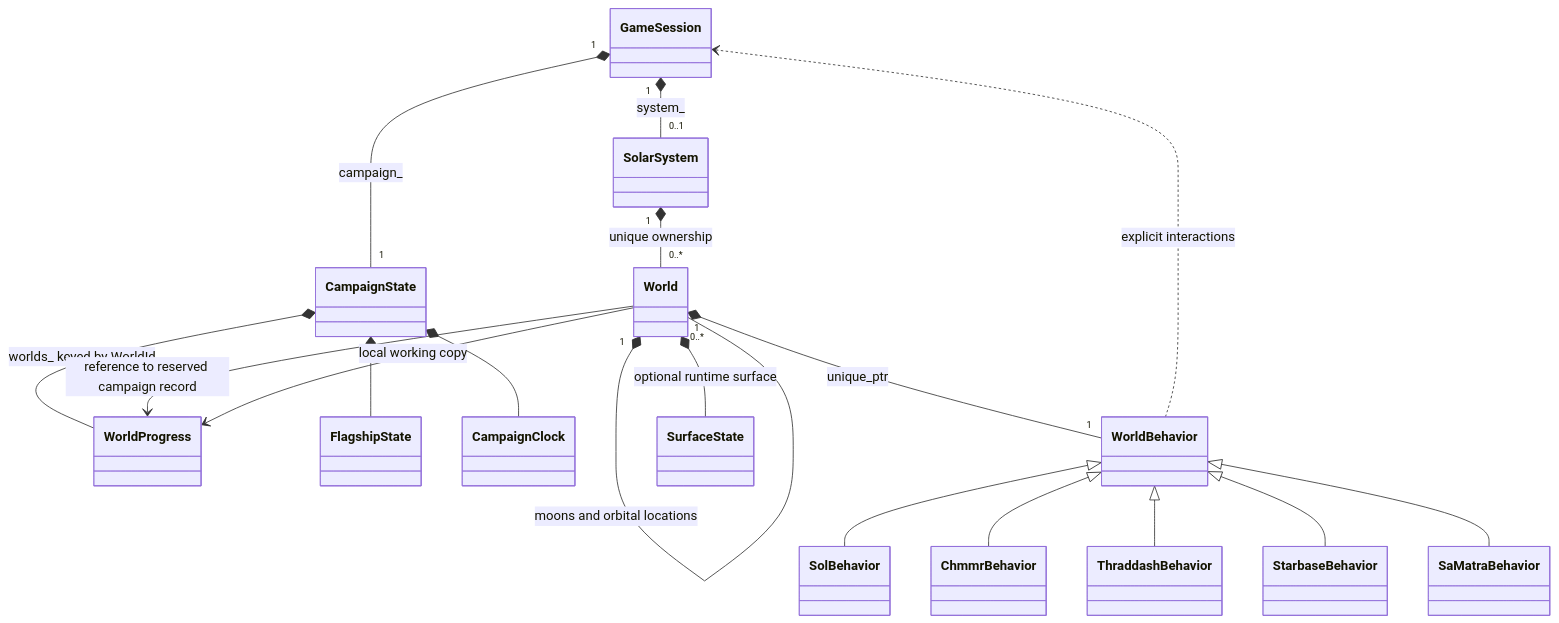
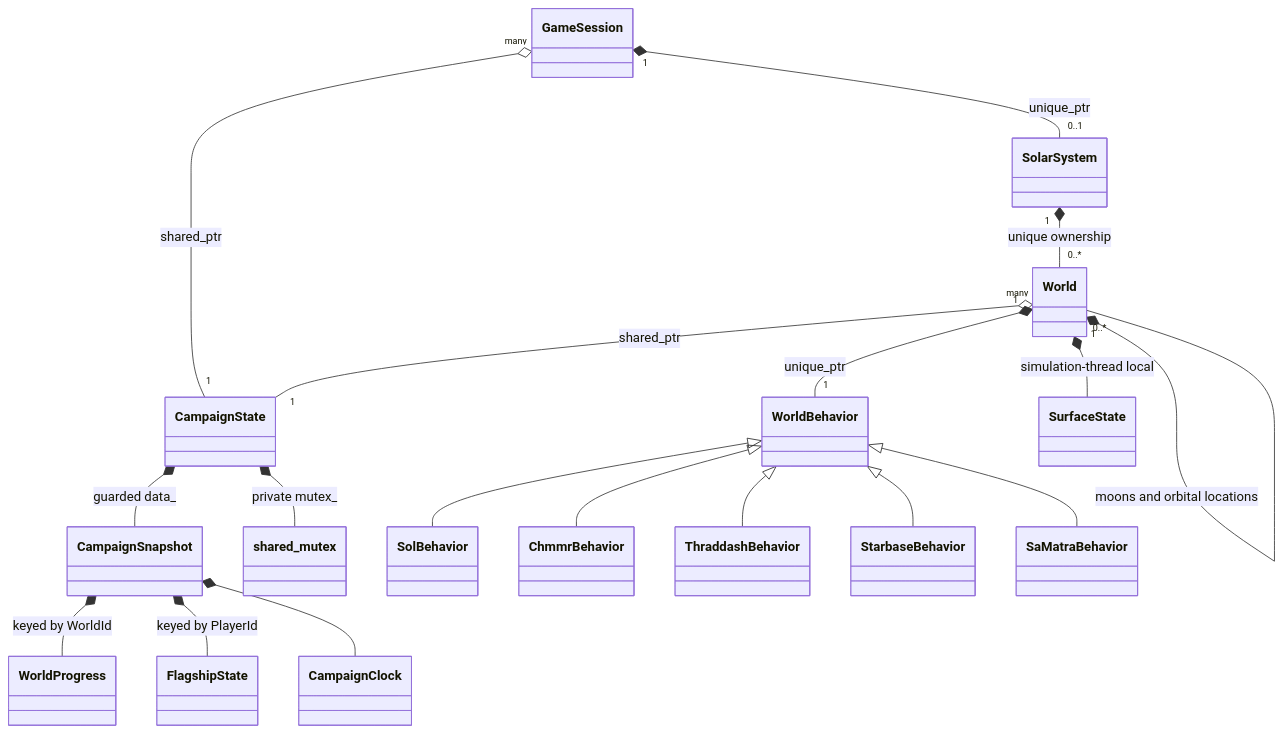
One commit to yost-jacob/uqm-cpp17 changed the first of 2 diagrams in docs/design/solar-system/README.md. Above: the diagram before and after it, drawn with Mermaid. The commit also changed other lines of this file and 4 other files, not shown here.

Commit message:
Plan shared campaign lifetime and lock-scoped state access

````diff
--- a/docs/design/solar-system/README.md
+++ b/docs/design/solar-system/README.md
@@ -14,20 +14,20 @@
 ```mermaid
 classDiagram
-    GameSession "1" *-- "1" CampaignState : campaign_
-    GameSession "1" *-- "0..1" SolarSystem : system_
-    CampaignState *-- WorldProgress : worlds_ keyed by WorldId
-    CampaignState *-- FlagshipState
-    CampaignState *-- CampaignClock
+    GameSession "many" o-- "1" CampaignState : shared_ptr
+    World "many" o-- "1" CampaignState : shared_ptr
+    GameSession "1" *-- "0..1" SolarSystem : unique_ptr
+    CampaignState *-- CampaignSnapshot : guarded data_
+    CampaignState *-- shared_mutex : private mutex_
+    CampaignSnapshot *-- WorldProgress : keyed by WorldId
+    CampaignSnapshot *-- FlagshipState : keyed by PlayerId
+    CampaignSnapshot *-- CampaignClock
     SolarSystem "1" *-- "0..*" World : unique ownership
     World "1" *-- "0..*" World : moons and orbital locations
     World "1" *-- "1" WorldBehavior : unique_ptr
-    World *-- SurfaceState : optional runtime surface
-    World --> WorldProgress : reference to reserved campaign record
-    World --> WorldProgress : local working copy
+    World *-- SurfaceState : simulation-thread local
     WorldBehavior <|-- SolBehavior
     WorldBehavior <|-- ChmmrBehavior
     WorldBehavior <|-- ThraddashBehavior
     WorldBehavior <|-- StarbaseBehavior
     WorldBehavior <|-- SaMatraBehavior
-    WorldBehavior ..> GameSession : explicit interactions
 ```
````
